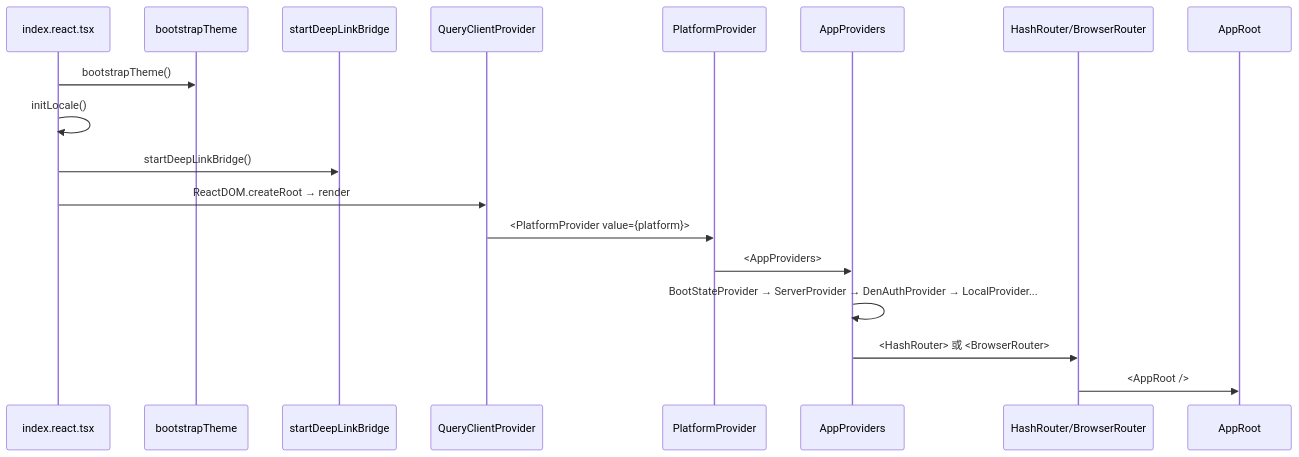
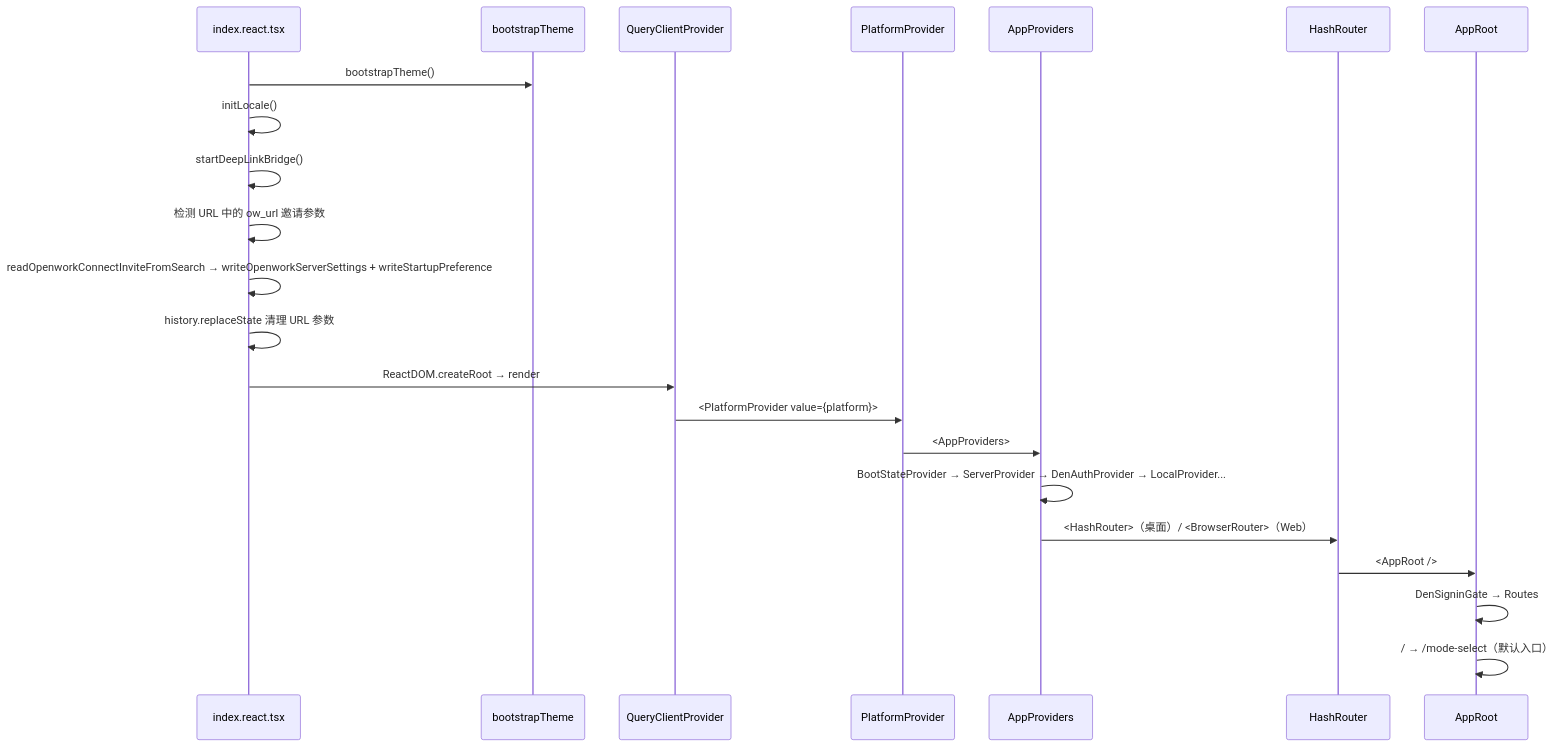
The first of 2 diagrams in docs/00-overview.md (kaka89/harnesswork), drawn with Mermaid before and after one commit. The commit also changed other lines of this file and 1 other file, not shown here.

````diff
--- a/docs/00-overview.md
+++ b/docs/00-overview.md
@@ -72,20 +76,25 @@
 ```mermaid
 sequenceDiagram
   participant Boot as index.react.tsx
   participant Theme as bootstrapTheme
-  participant DL as startDeepLinkBridge
   participant QC as QueryClientProvider
   participant PP as PlatformProvider
   participant AP as AppProviders
-  participant Router as HashRouter/BrowserRouter
+  participant Router as HashRouter
   participant Root as AppRoot
+
   Boot->>Theme: bootstrapTheme()
   Boot->>Boot: initLocale()
-  Boot->>DL: startDeepLinkBridge()
+  Boot->>Boot: startDeepLinkBridge()
+  Boot->>Boot: 检测 URL 中的 ow_url 邀请参数
+  Boot->>Boot: readOpenworkConnectInviteFromSearch → writeOpenworkServerSettings + writeStartupPreference
+  Boot->>Boot: history.replaceState 清理 URL 参数
   Boot->>QC: ReactDOM.createRoot → render
   QC->>PP: <PlatformProvider value={platform}>
   PP->>AP: <AppProviders>
   AP->>AP: BootStateProvider → ServerProvider → DenAuthProvider → LocalProvider...
-  AP->>Router: <HashRouter> 或 <BrowserRouter>
+  AP->>Router: <HashRouter>（桌面）/ <BrowserRouter>（Web）
   Router->>Root: <AppRoot />
+  Root->>Root: DenSigninGate → Routes
+  Root->>Root: / → /mode-select（默认入口）
 ```
````
